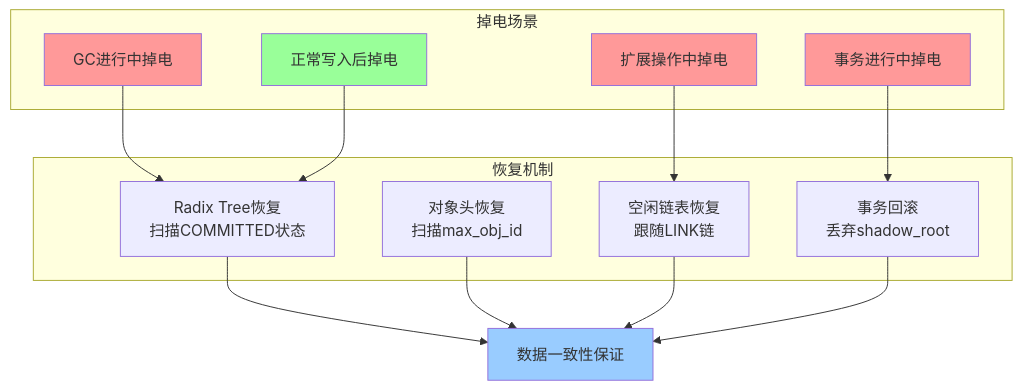
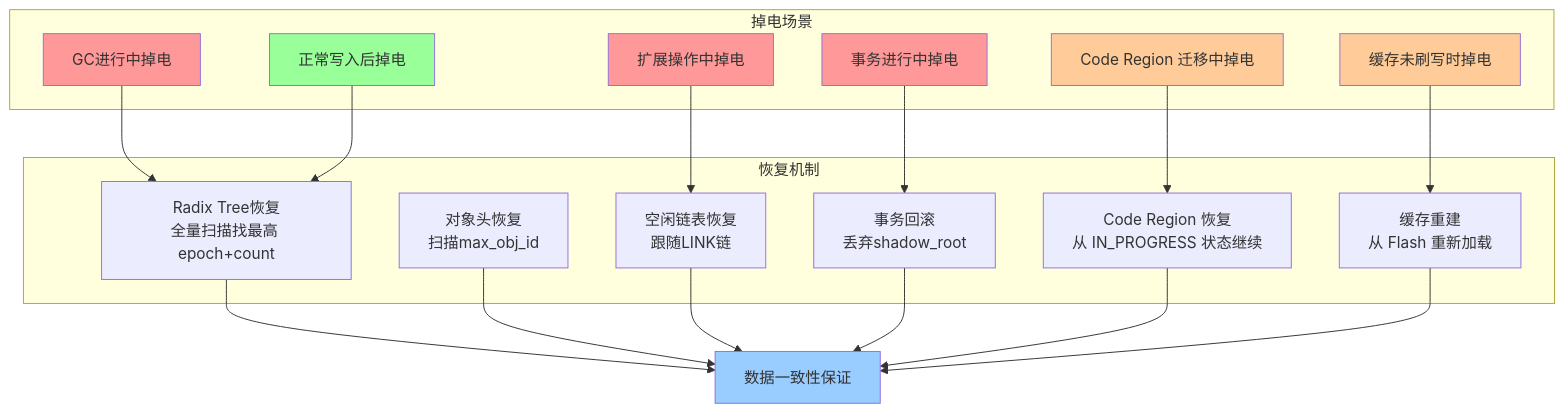
One commit to wangjun796/eflash changed diagram 27 of 31 in DESIGN_OVERVIEW.md. Above: the diagram before and after it, drawn with Mermaid. The commit also changed other lines of this file and 3 other files, not shown here.

````diff
--- a/DESIGN_OVERVIEW.md
+++ b/DESIGN_OVERVIEW.md
@@ -955,32 +1194,42 @@
 ```mermaid
 graph TB
     subgraph "掉电场景"
         P1[事务进行中掉电]
         P2[GC进行中掉电]
         P3[扩展操作中掉电]
         P4[正常写入后掉电]
+        P5[Code Region 迁移中掉电]
+        P6[缓存未刷写时掉电]
     end
 
     subgraph "恢复机制"
-        R1[Radix Tree恢复<br/>扫描COMMITTED状态]
+        R1[Radix Tree恢复<br/>全量扫描找最高 epoch+count]
         R2[对象头恢复<br/>扫描max_obj_id]
         R3[空闲链表恢复<br/>跟随LINK链]
         R4[事务回滚<br/>丢弃shadow_root]
+        R5[Code Region 恢复<br/>从 IN_PROGRESS 状态继续]
+        R6[缓存重建<br/>从 Flash 重新加载]
     end
 
     P1 --> R4
     P2 --> R1
     P3 --> R3
     P4 --> R1
+    P5 --> R5
+    P6 --> R6
 
     R1 --> CONSISTENCY[数据一致性保证]
     R2 --> CONSISTENCY
     R3 --> CONSISTENCY
     R4 --> CONSISTENCY
+    R5 --> CONSISTENCY
+    R6 --> CONSISTENCY
 
     style P1 fill:#ff9999
     style P2 fill:#ff9999
     style P3 fill:#ff9999
     style P4 fill:#99ff99
+    style P5 fill:#ffcc99
+    style P6 fill:#ffcc99
     style CONSISTENCY fill:#99ccff
 ```
````
